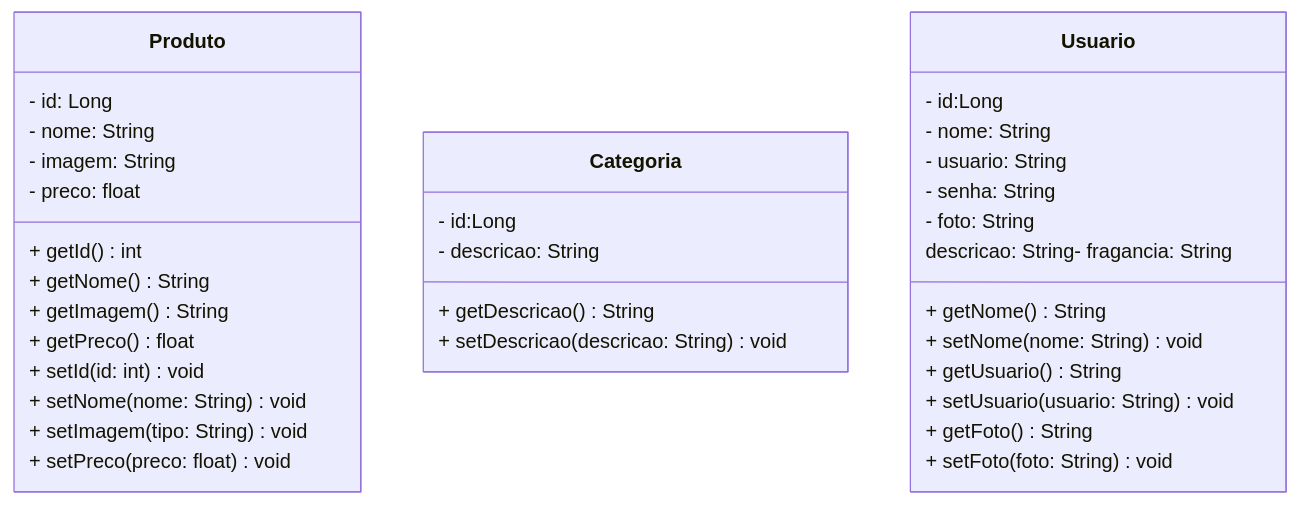
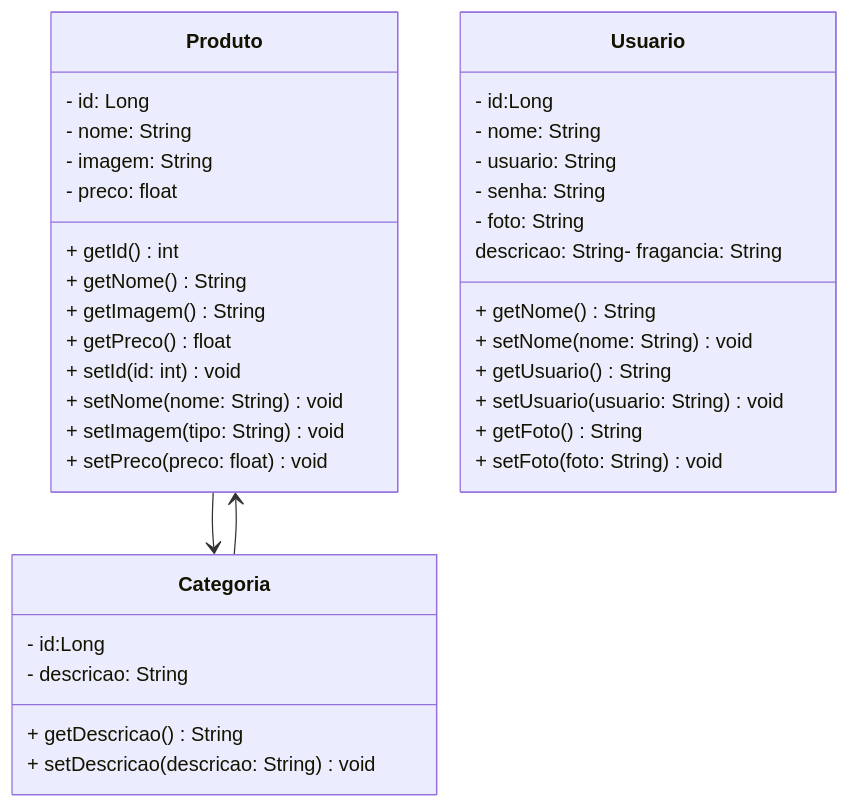
Before and after one commit to alineromanini/projeto_final_bloco_02: the diagram in README.md, drawn with Mermaid.

Commit message:
Fix formatting in README.md for class relationships

````diff
--- a/README.md
+++ b/README.md
@@ -82,38 +82,39 @@
 ```mermaid
 classDiagram
 class Produto {
   - id: Long
   - nome: String
   - imagem: String
   - preco: float
   + getId() int
   + getNome() String
   + getImagem() String
   + getPreco() float
   + setId(id: int) void
   + setNome(nome: String) void
   + setImagem(tipo: String) void
   + setPreco(preco: float) void
 }
 class Categoria {
   - id:Long
   - descricao: String
   + getDescricao() String
   + setDescricao(descricao: String) void
 }
 class Usuario {
   - id:Long
   - nome: String
   - usuario: String
   - senha: String
   - foto: String
   descricao: String- fragancia: String
   + getNome() String
   + setNome(nome: String) void
   + getUsuario() String
   + setUsuario(usuario: String) void
   + getFoto() String
   + setFoto(foto: String) void
 }
-
+Produto --> Categoria
+Categoria --> Produto
 ```
````
